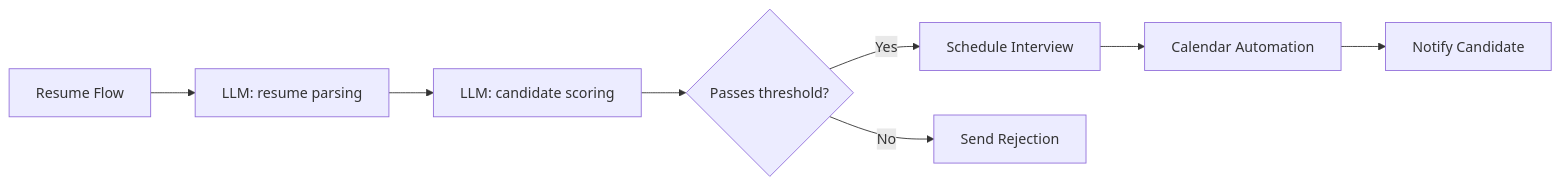
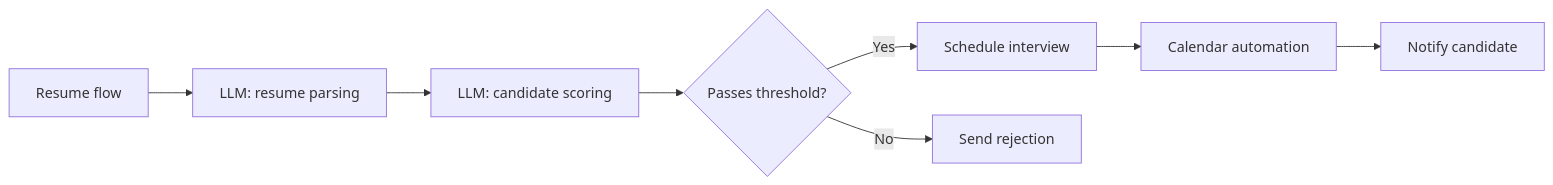
One commit to all-mute/learn-agents changed the first of 12 diagrams in cognitive-book/docs/junior/_workflows-examples-p2.mdx. Above: the diagram before and after it, drawn with Mermaid. The commit also changed other lines of this file and 93 other files, not shown here.

````diff
--- a/cognitive-book/docs/junior/_workflows-examples-p2.mdx
+++ b/cognitive-book/docs/junior/_workflows-examples-p2.mdx
@@ -7,10 +7,10 @@
 ```mermaid
 flowchart LR
-    Applicants[Resume Flow] --> Parser[LLM: resume parsing]
+    Applicants[Resume flow] --> Parser[LLM: resume parsing]
     Parser --> Score[LLM: candidate scoring]
     Score --> Filter{Passes threshold?}
-    Filter -->|Yes| Interview[Schedule Interview]
-    Filter -->|No| Reject[Send Rejection]
-    Interview --> Scheduler[Calendar Automation]
-    Scheduler --> Done[Notify Candidate]
+    Filter -->|Yes| Interview[Schedule interview]
+    Filter -->|No| Reject[Send rejection]
+    Interview --> Scheduler[Calendar automation]
+    Scheduler --> Done[Notify candidate]
 ```
````
